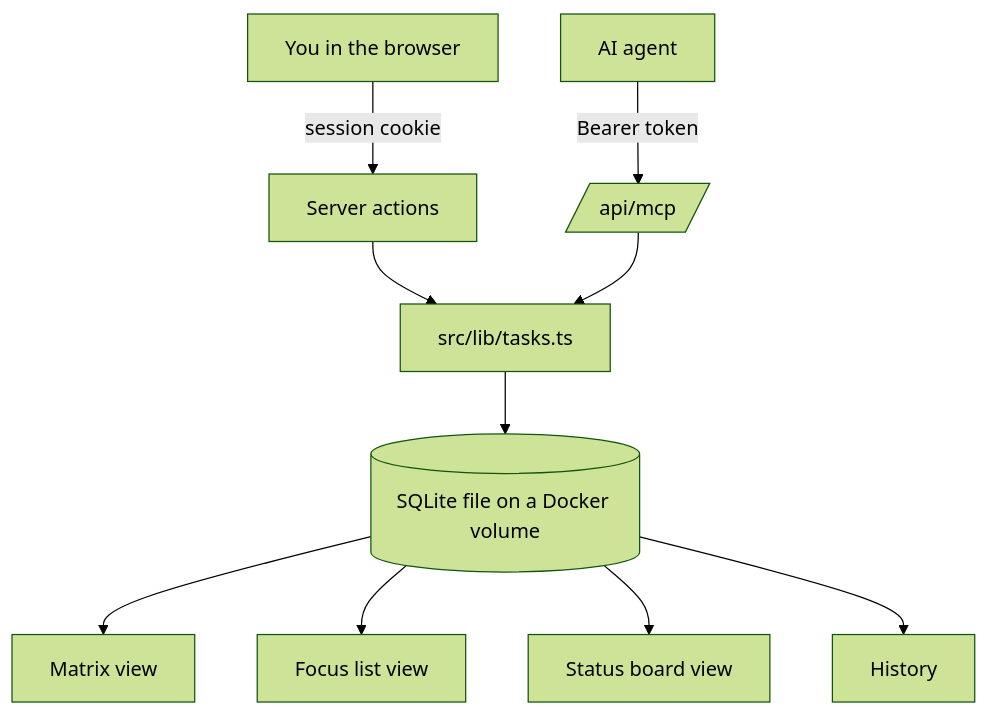
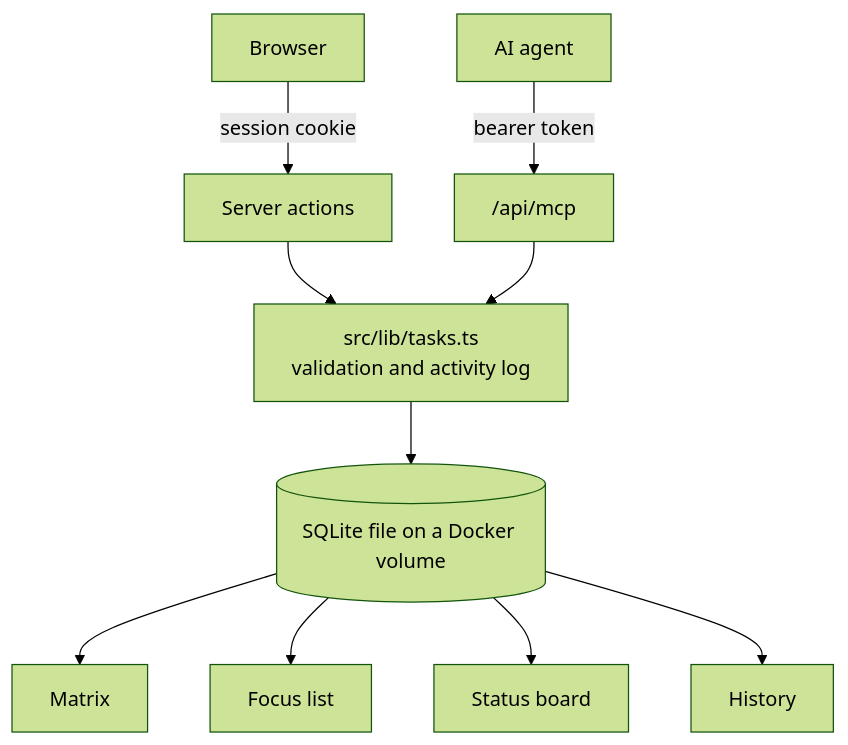
Before and after one commit to lawaladekunle/myODOT: the diagram in README.md, drawn with Mermaid (forest theme). The commit also changed other lines of this file and 4 other files, not shown here.

````diff
--- a/README.md
+++ b/README.md
@@ -5,12 +203,12 @@
 ```mermaid
 flowchart TD
-  U[You in the browser] -->|session cookie| SA[Server actions]
-  AG[AI agent] -->|Bearer token| MCP[/api/mcp/]
-  SA --> L[src/lib/tasks.ts]
+  B[Browser] -->|session cookie| SA[Server actions]
+  AG[AI agent] -->|bearer token| MCP["/api/mcp"]
+  SA --> L["src/lib/tasks.ts<br/>validation and activity log"]
   MCP --> L
   L --> DB[(SQLite file on a Docker volume)]
-  DB --> V1[Matrix view]
-  DB --> V2[Focus list view]
-  DB --> V3[Status board view]
+  DB --> V1[Matrix]
+  DB --> V2[Focus list]
+  DB --> V3[Status board]
   DB --> H[History]
 ```
````
